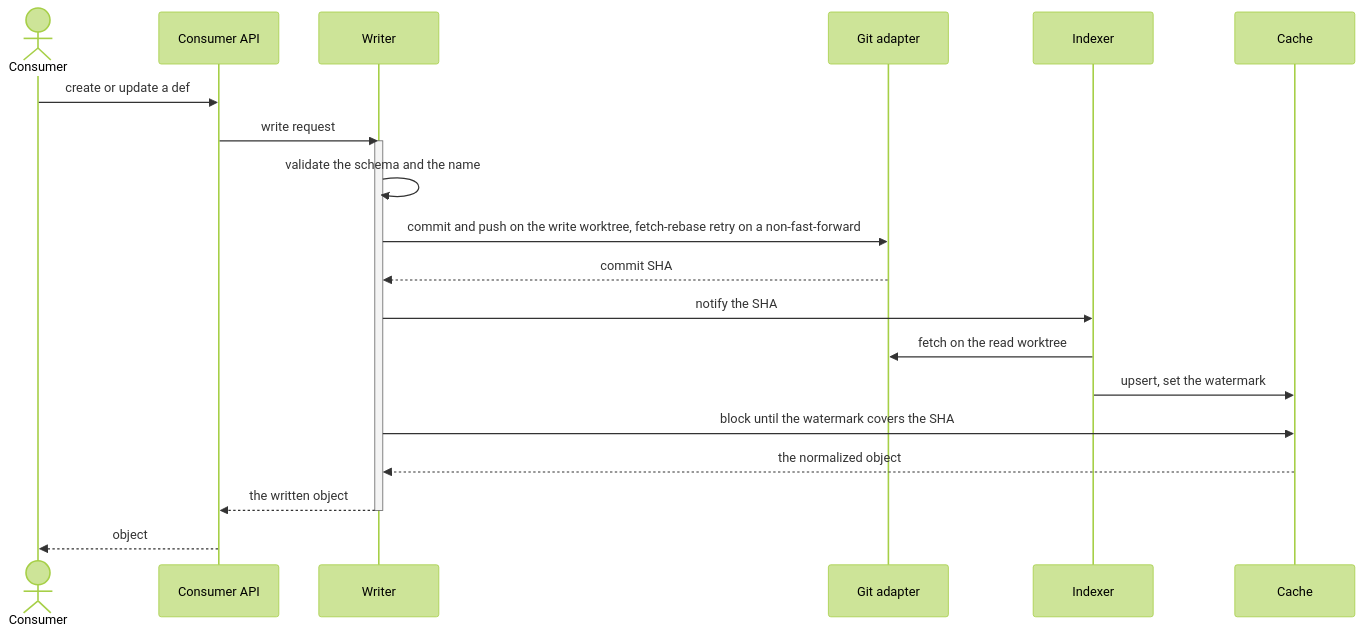
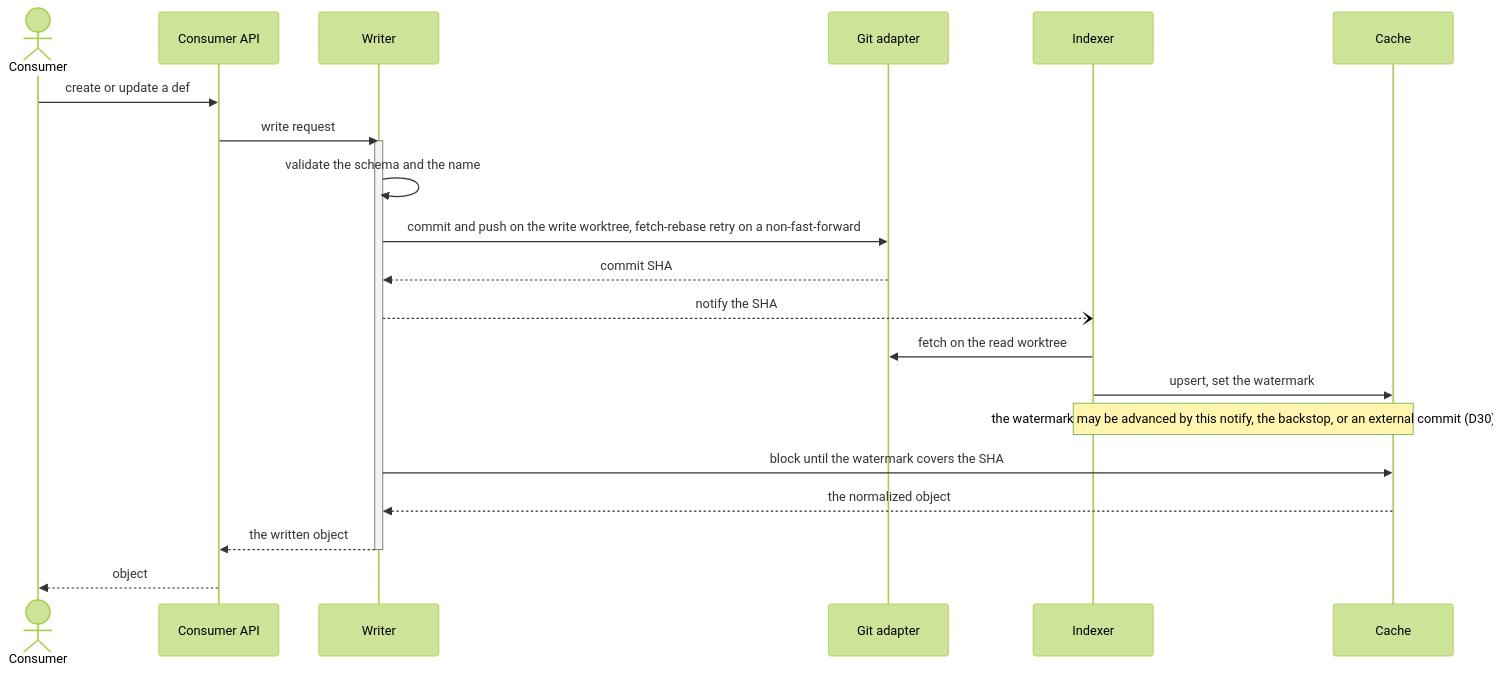
Before and after one commit to Netcracker/qubership-envgene: the fifth of 5 diagrams in docs/analysis/app-reg-def-service/design/architecture.md, drawn with Mermaid (forest theme). The commit also changed other lines of this file, not shown here.

First line of the commit message:
docs: address architecture.md review (round 3)

````diff
--- a/docs/analysis/app-reg-def-service/design/architecture.md
+++ b/docs/analysis/app-reg-def-service/design/architecture.md
@@ -110,23 +111,24 @@
 ```mermaid
 sequenceDiagram
   actor C as Consumer
   participant API as Consumer API
   participant W as Writer
   participant GA as Git adapter
   participant IX as Indexer
   participant Cache
   C->>API: create or update a def
   API->>W: write request
   activate W
   W->>W: validate the schema and the name
   W->>GA: commit and push on the write worktree, fetch-rebase retry on a non-fast-forward
   GA-->>W: commit SHA
-  W->>IX: notify the SHA
+  W--)IX: notify the SHA
   IX->>GA: fetch on the read worktree
   IX->>Cache: upsert, set the watermark
+  Note over IX,Cache: the watermark may be advanced by this notify, the backstop, or an external commit (D30)
   W->>Cache: block until the watermark covers the SHA
   Cache-->>W: the normalized object
   W-->>API: the written object
   deactivate W
   API-->>C: object
 ```
````
